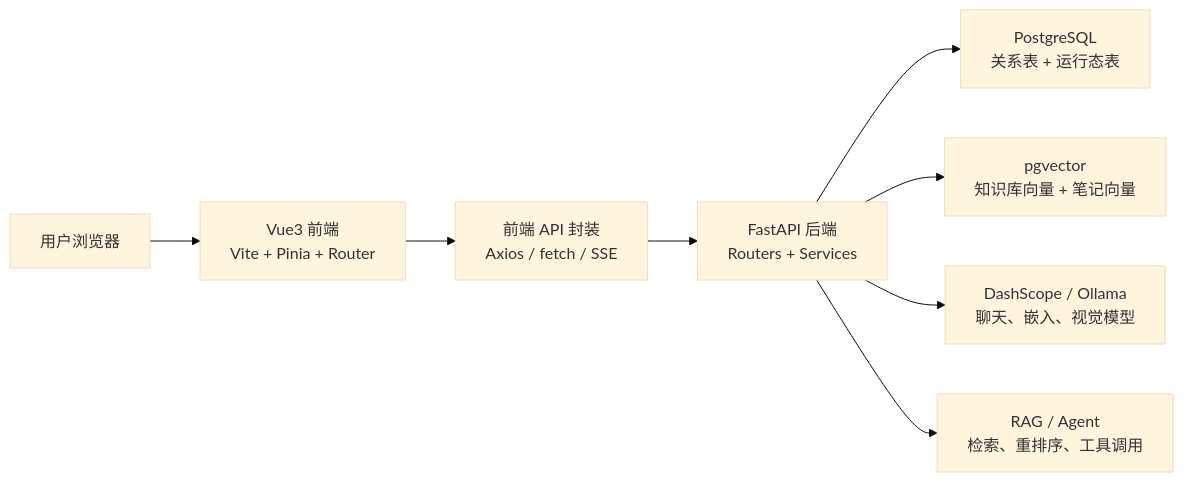
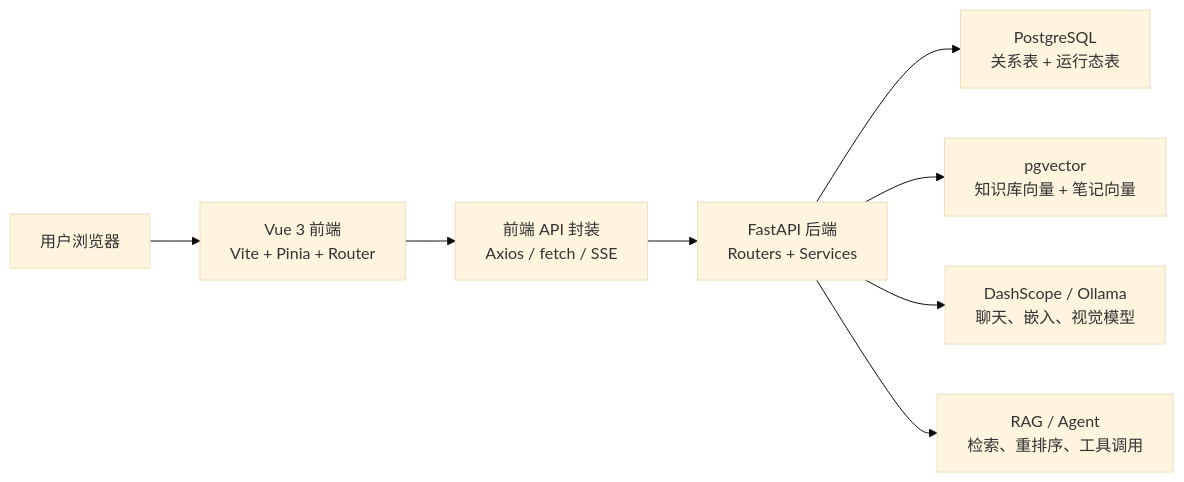
The diagram in docs/enterprise_development_document.md (Forgerly-OR-Henry/RAGNotebook-Plus), drawn with Mermaid (base theme) before and after one commit. The commit also changed other lines of this file and 97 other files, not shown here.

````diff
--- a/docs/enterprise_development_document.md
+++ b/docs/enterprise_development_document.md
@@ -91,10 +91,10 @@
 ```mermaid
 flowchart LR
-    U["用户浏览器"] --> F["Vue3 前端\nVite + Pinia + Router"]
+    U["用户浏览器"] --> F["Vue 3 前端\nVite + Pinia + Router"]
     F --> A["前端 API 封装\nAxios / fetch / SSE"]
     A --> B["FastAPI 后端\nRouters + Services"]
     B --> P["PostgreSQL\n关系表 + 运行态表"]
     B --> V["pgvector\n知识库向量 + 笔记向量"]
     B --> L["DashScope / Ollama\n聊天、嵌入、视觉模型"]
     B --> R["RAG / Agent\n检索、重排序、工具调用"]
 ```
````
